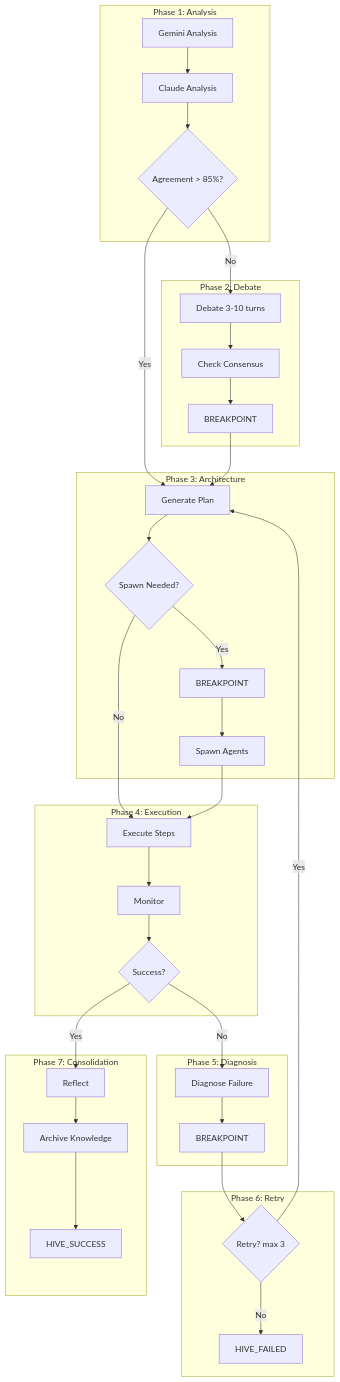
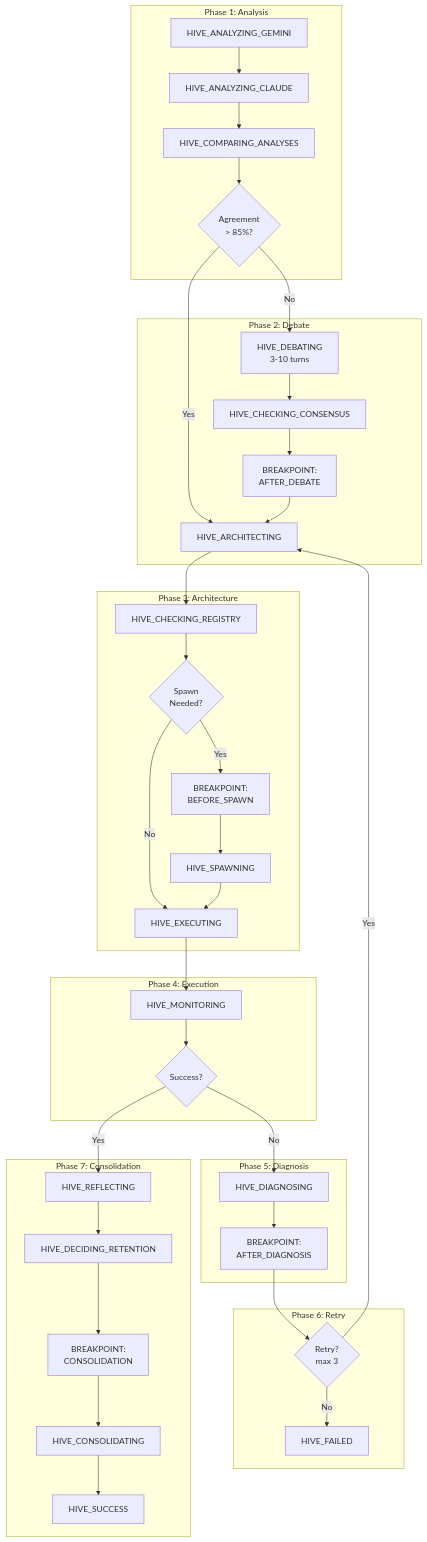
Before and after one commit to yannabadie/NEXUS: the seventh of 10 diagrams in docs/ARCHITECTURE_MAP_GENERATED.md, drawn with Mermaid. The commit also changed other lines of this file and 1 other file, not shown here.

First line of the commit message:
fix(doc-engine): Mermaid slash escaping + V2.1 dynamic extraction

````diff
--- a/docs/ARCHITECTURE_MAP_GENERATED.md
+++ b/docs/ARCHITECTURE_MAP_GENERATED.md
@@ -169,45 +324,49 @@
 ```mermaid
 graph TD
     subgraph Phase1["Phase 1: Analysis"]
-        P1A[Gemini Analysis] --> P1B[Claude Analysis]
-        P1B --> P1C{Agreement > 85%?}
+        P1A[HIVE_ANALYZING_GEMINI] --> P1B[HIVE_ANALYZING_CLAUDE]
+        P1B --> P1C[HIVE_COMPARING_ANALYSES]
+        P1C --> P1D{Agreement<br/>> 85%?}
     end
 
     subgraph Phase2["Phase 2: Debate"]
-        P1C -->|No| P2A[Debate 3-10 turns]
-        P2A --> P2B[Check Consensus]
-        P2B --> BP1[BREAKPOINT]
+        P1D -->|No| P2A[HIVE_DEBATING<br/>3-10 turns]
+        P1D -->|Yes| P3A
+        P2A --> P2B[HIVE_CHECKING_CONSENSUS]
+        P2B --> BP1[BREAKPOINT:<br/>AFTER_DEBATE]
     end
 
     subgraph Phase3["Phase 3: Architecture"]
-        P1C -->|Yes| P3A
-        BP1 --> P3A[Generate Plan]
-        P3A --> P3B{Spawn Needed?}
-        P3B -->|Yes| BP2[BREAKPOINT]
-        BP2 --> P3C[Spawn Agents]
+        BP1 --> P3A[HIVE_ARCHITECTING]
+        P3A --> P3B[HIVE_CHECKING_REGISTRY]
+        P3B --> P3C{Spawn<br/>Needed?}
+        P3C -->|Yes| BP2[BREAKPOINT:<br/>BEFORE_SPAWN]
+        P3C -->|No| P4A
+        BP2 --> P3D[HIVE_SPAWNING]
+        P3D --> P4A
     end
 
     subgraph Phase4["Phase 4: Execution"]
-        P3B -->|No| P4A
-        P3C --> P4A[Execute Steps]
-        P4A --> P4B[Monitor]
+        P4A[HIVE_EXECUTING] --> P4B[HIVE_MONITORING]
         P4B --> P4C{Success?}
     end
 
     subgraph Phase5["Phase 5: Diagnosis"]
-        P4C -->|No| P5A[Diagnose Failure]
-        P5A --> BP3[BREAKPOINT]
+        P4C -->|No| P5A[HIVE_DIAGNOSING]
+        P5A --> BP3[BREAKPOINT:<br/>AFTER_DIAGNOSIS]
     end
 
     subgraph Phase6["Phase 6: Retry"]
-        BP3 --> P6A{Retry? max 3}
+        BP3 --> P6A{Retry?<br/>max 3}
         P6A -->|Yes| P3A
         P6A -->|No| FAIL[HIVE_FAILED]
     end
 
     subgraph Phase7["Phase 7: Consolidation"]
-        P4C -->|Yes| P7A[Reflect]
-        P7A --> P7B[Archive Knowledge]
-        P7B --> SUCCESS[HIVE_SUCCESS]
+        P4C -->|Yes| P7A[HIVE_REFLECTING]
+        P7A --> P7B[HIVE_DECIDING_RETENTION]
+        P7B --> BP4[BREAKPOINT:<br/>CONSOLIDATION]
+        BP4 --> P7C[HIVE_CONSOLIDATING]
+        P7C --> SUCCESS[HIVE_SUCCESS]
     end
 ```
````
